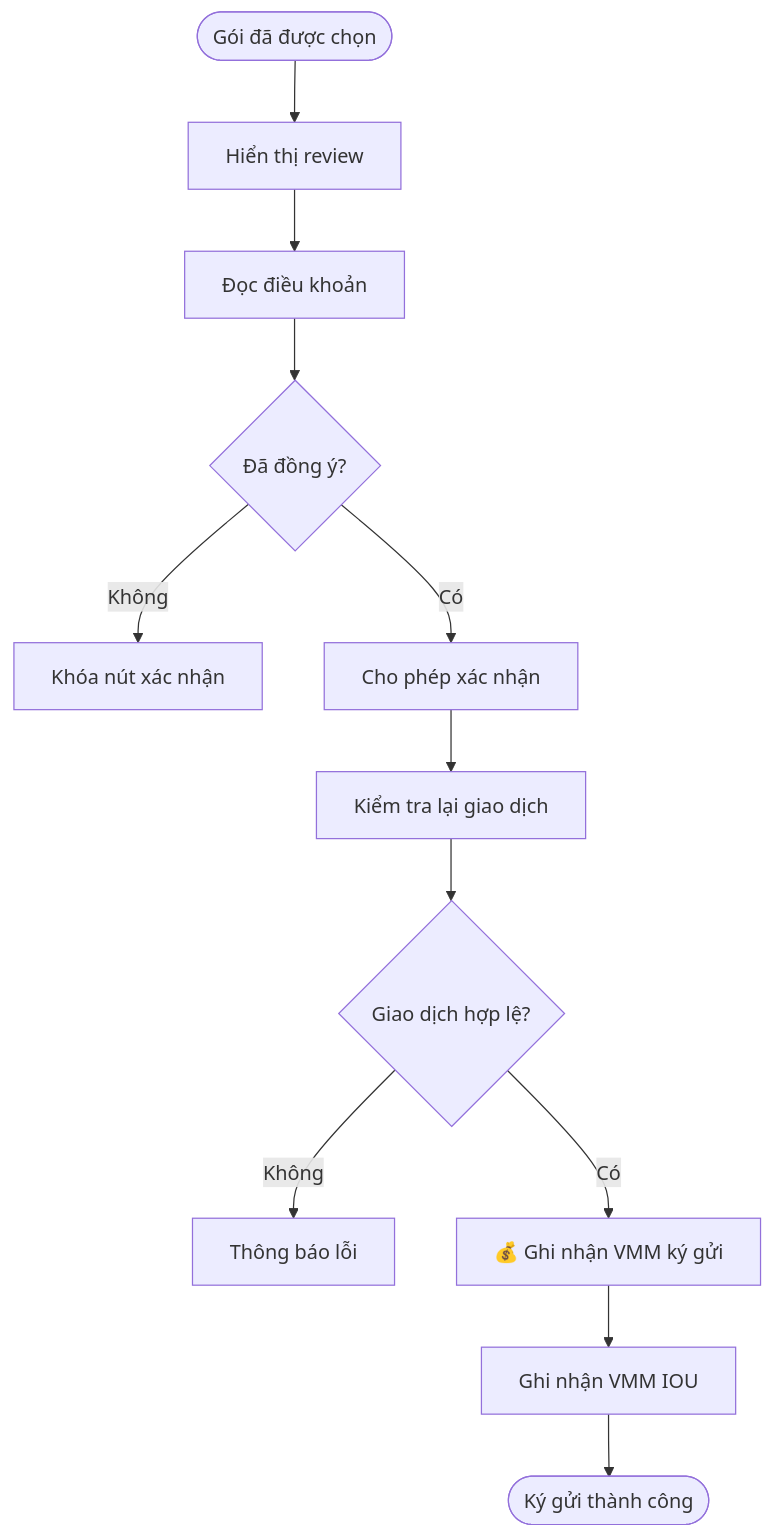
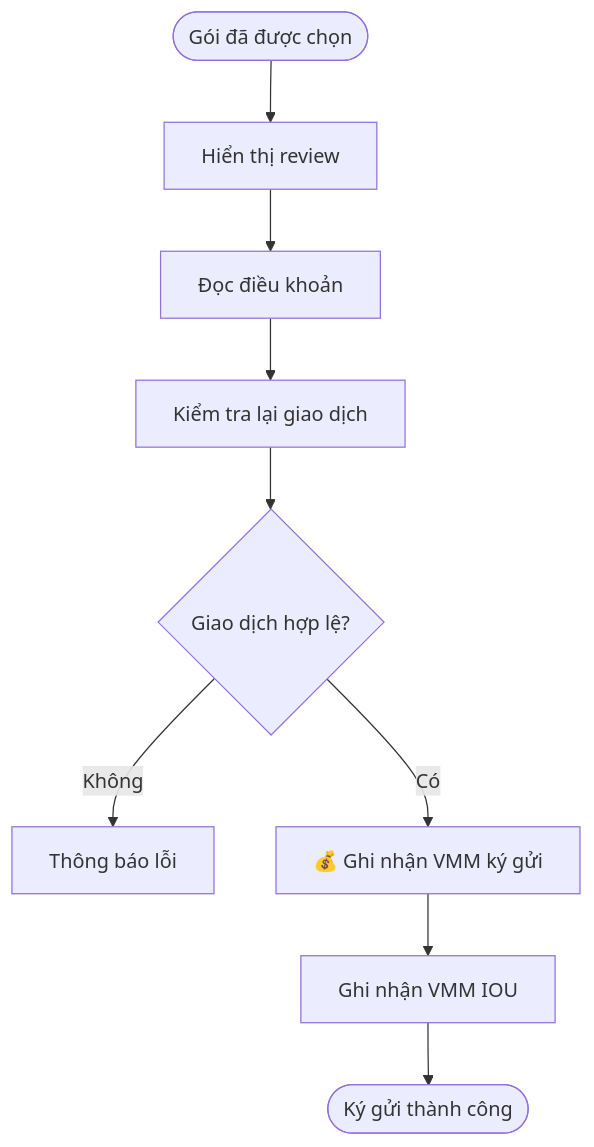
Before and after one commit to maivtn/taxiq: the third of 5 diagrams in html/vmm3y/VLINKPAY_VMM_3Year_Deposit_Program_v1.0.md, drawn with Mermaid. The commit also changed other lines of this file and 2 other files, not shown here.

````diff
--- a/html/vmm3y/VLINKPAY_VMM_3Year_Deposit_Program_v1.0.md
+++ b/html/vmm3y/VLINKPAY_VMM_3Year_Deposit_Program_v1.0.md
@@ -199,14 +195,11 @@
 ```mermaid
 flowchart TD
     A([Gói đã được chọn]) --> B[Hiển thị review]
     B --> C[Đọc điều khoản]
-    C --> D{Đã đồng ý?}
-    D -- Không --> E[Khóa nút xác nhận]
-    D -- Có --> F[Cho phép xác nhận]
-    F --> G[Kiểm tra lại giao dịch]
-    G --> H{Giao dịch hợp lệ?}
-    H -- Không --> I[Thông báo lỗi]
-    H -- Có --> J[💰 Ghi nhận VMM ký gửi]
-    J --> K[Ghi nhận VMM IOU]
-    K --> L([Ký gửi thành công])
+    C --> D[Kiểm tra lại giao dịch]
+    D --> E{Giao dịch hợp lệ?}
+    E -- Không --> F[Thông báo lỗi]
+    E -- Có --> G[💰 Ghi nhận VMM ký gửi]
+    G --> H[Ghi nhận VMM IOU]
+    H --> I([Ký gửi thành công])
 ```
````
